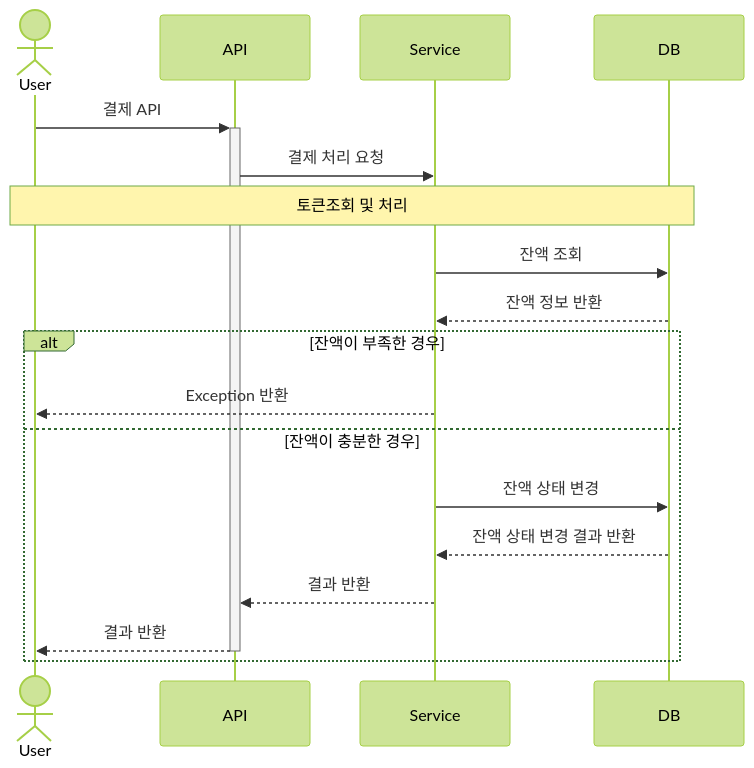
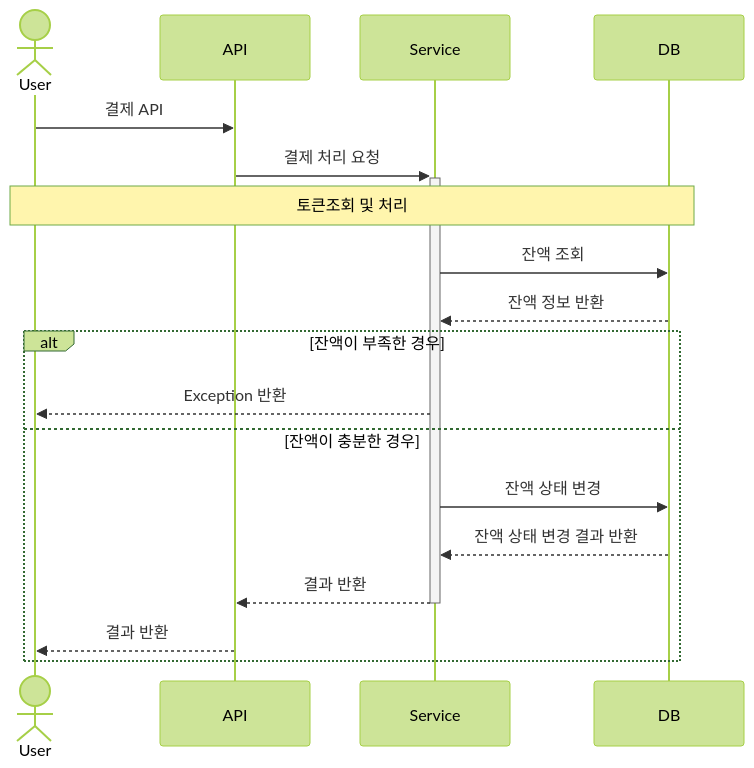
The seventh of 7 diagrams in docs/SequenceDiagram.md (hyunn12/concert-reservation), drawn with Mermaid (forest theme) before and after one commit. The commit also changed other lines of this file and 1 other file, not shown here.

Commit message:
refactor: 시퀀스 다이어그램 activation bar 위치 수정 [#3]

````diff
--- a/docs/SequenceDiagram.md
+++ b/docs/SequenceDiagram.md
@@ -122,20 +122,20 @@
 ```mermaid
 sequenceDiagram
     actor User
     
-    User->>+API: 결제 API
-    API->>Service: 결제 처리 요청
+    User->>API: 결제 API
+    API->>+Service: 결제 처리 요청
     
     Note over User, DB: 토큰조회 및 처리
     
     Service->>DB: 잔액 조회
     DB-->>Service: 잔액 정보 반환
     alt 잔액이 부족한 경우 
         Service-->>User: Exception 반환
     else 잔액이 충분한 경우
         Service->>DB: 잔액 상태 변경
         DB-->>Service: 잔액 상태 변경 결과 반환
-        Service-->>API: 결과 반환
-        API-->>-User: 결과 반환
+        Service-->>-API: 결과 반환
+        API-->>User: 결과 반환
     end
 ```
````
